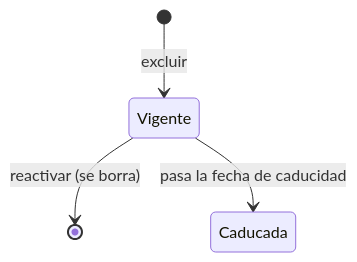
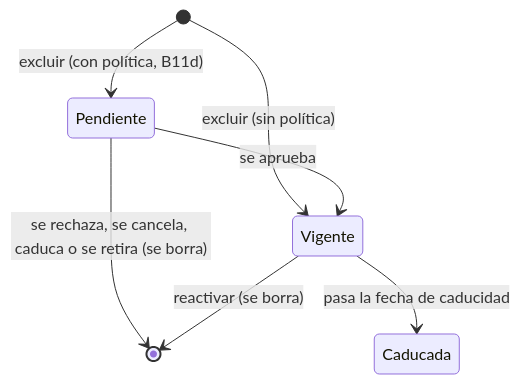
The diagram in docs/funcional/brechas-excluidas.md (albarracingarciap/fluxion-saas), drawn with Mermaid before and after one commit. The commit also changed other lines of this file and 29 other files, not shown here.

````diff
--- a/docs/funcional/brechas-excluidas.md
+++ b/docs/funcional/brechas-excluidas.md
@@ -82,6 +91,9 @@
 ```mermaid
 stateDiagram-v2
-  [*] --> Vigente: excluir
+  [*] --> Vigente: excluir (sin política)
+  [*] --> Pendiente: excluir (con política, B11d)
+  Pendiente --> Vigente: se aprueba
+  Pendiente --> [*]: se rechaza, se cancela, caduca o se retira (se borra)
   Vigente --> [*]: reactivar (se borra)
   Vigente --> Caducada: pasa la fecha de caducidad
 ```
````
